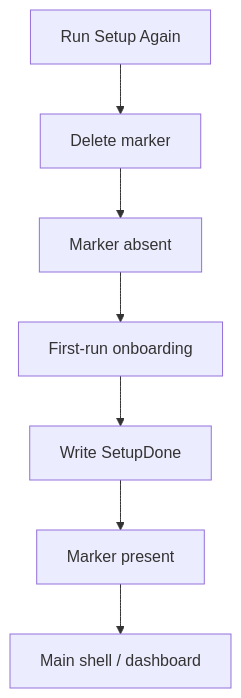
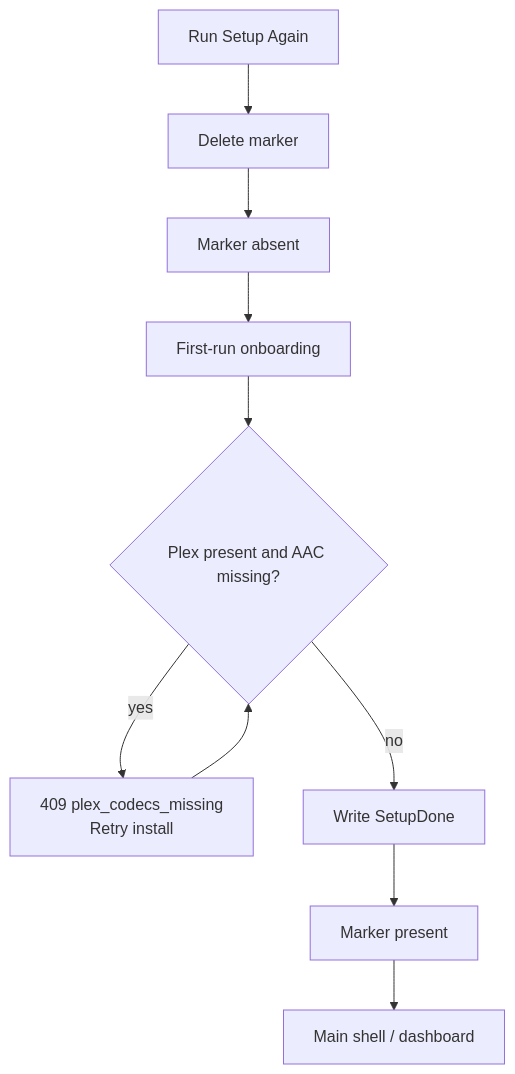
One commit to roto31/StreamTV changed the diagram in docs/guides/SETUP_DONE_AND_FACTORY_RESET.md. Above: the diagram before and after it, drawn with Mermaid. The commit also changed other lines of this file and 18 other files, not shown here.

````diff
--- a/docs/guides/SETUP_DONE_AND_FACTORY_RESET.md
+++ b/docs/guides/SETUP_DONE_AND_FACTORY_RESET.md
@@ -6,9 +6,12 @@
 ```mermaid
 flowchart TD
   Absent["Marker absent"] --> Onboard["First-run onboarding"]
-  Onboard --> Write["Write SetupDone"]
+  Onboard --> Gate{"Plex present and AAC missing?"}
+  Gate -->|yes| Block["409 plex_codecs_missing<br/>Retry install"]
+  Block --> Gate
+  Gate -->|no| Write["Write SetupDone"]
   Write --> Present["Marker present"]
   Present --> Main["Main shell / dashboard"]
   Factory["Run Setup Again"] --> Clear["Delete marker"]
   Clear --> Absent
 ```
````
